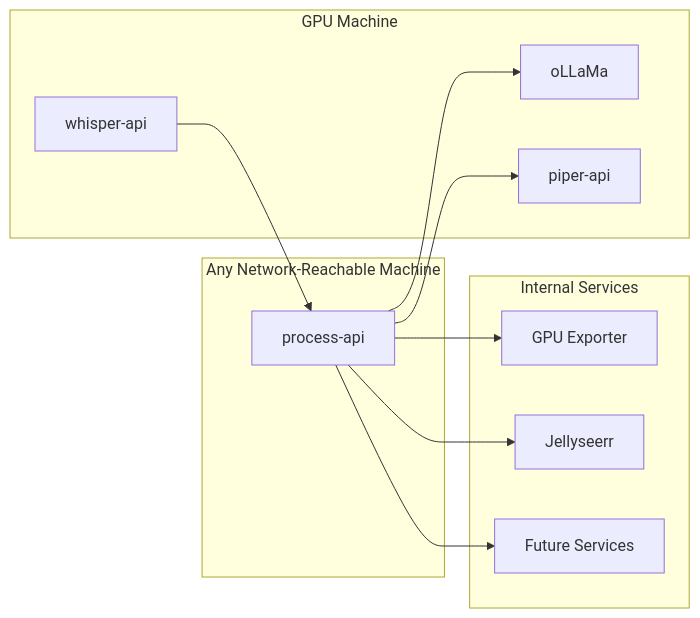
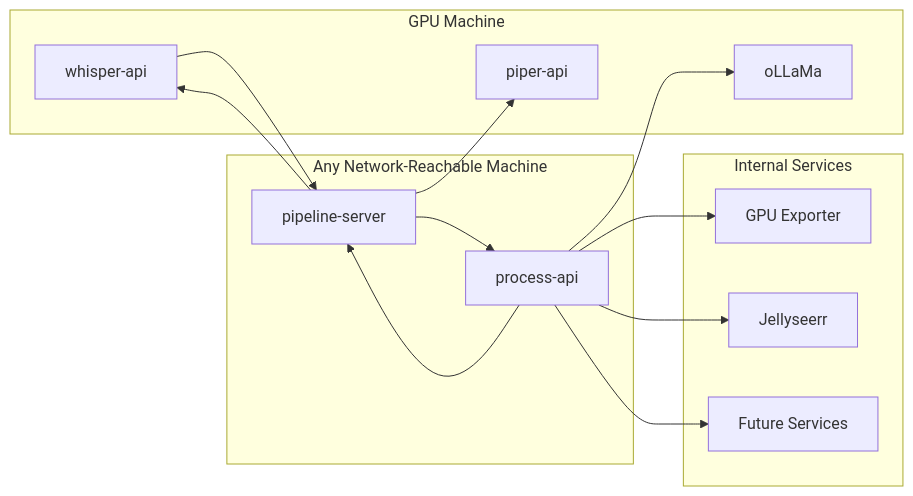
The second of 3 diagrams in docs/ARCHITECTURE.md (psyeo2/Clankassist), drawn with Mermaid before and after one commit. The commit also changed other lines of this file and 10 other files, not shown here.

Commit message:
pipeline-server

````diff
--- a/docs/ARCHITECTURE.md
+++ b/docs/ARCHITECTURE.md
@@ -35,26 +40,30 @@
 ```mermaid
 flowchart LR
 
 subgraph GPUHost["GPU Machine"]
   whisper[whisper-api]
   ollama[oLLaMa]
   piper[piper-api]
 end
 
 subgraph Anywhere["Any Network-Reachable Machine"]
+  pipeline[pipeline-server]
   process[process-api]
 end
 
 subgraph Services["Internal Services"]
   gpu[GPU Exporter]
   jelly[Jellyseerr]
   future[Future Services]
 end
 
-whisper --> process
+pipeline --> whisper
+whisper --> pipeline
+pipeline --> process
 process --> ollama
-process --> piper
+process --> pipeline
+pipeline --> piper
 process --> gpu
 process --> jelly
 process --> future
 ```
````
